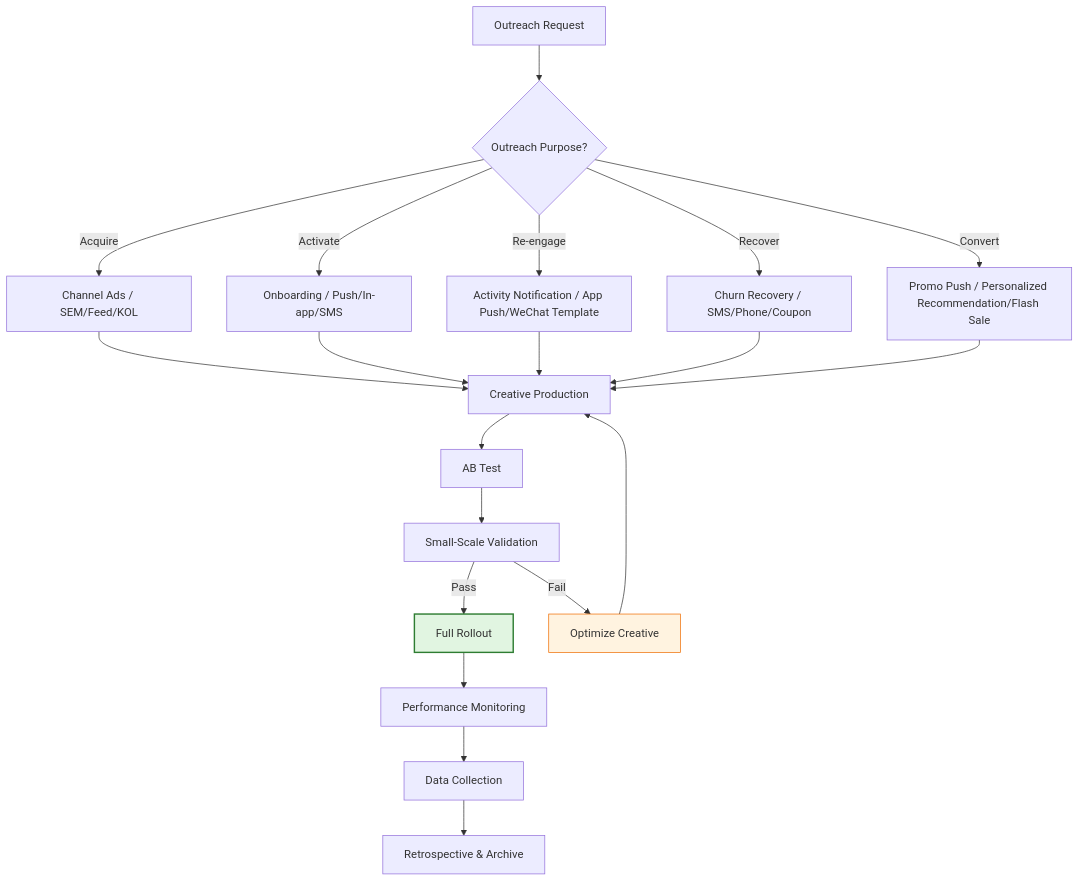
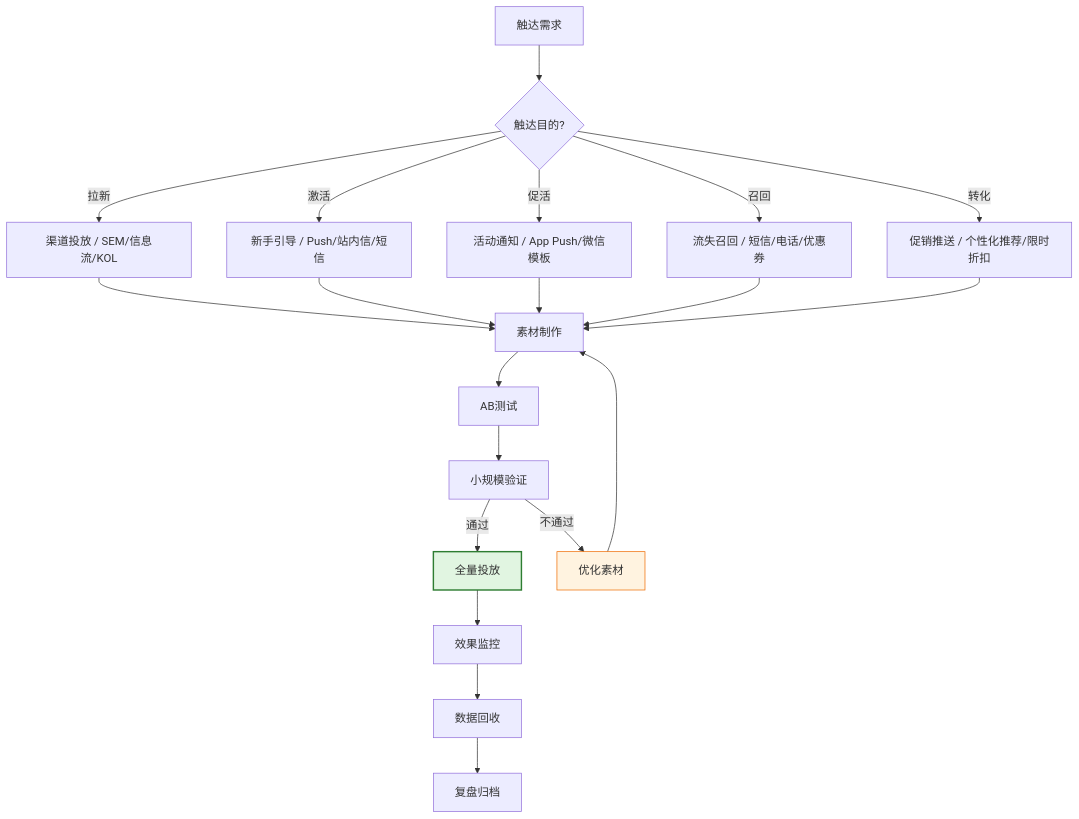
One commit to Kirky-X/cangjie changed the fourth of 9 diagrams in templates/Product/Operations/Template-Operations-Manual.md. Above: the diagram before and after it, drawn with Mermaid. The commit also changed other lines of this file and 33 other files, not shown here.

````diff
--- a/templates/Product/Operations/Template-Operations-Manual.md
+++ b/templates/Product/Operations/Template-Operations-Manual.md
@@ -181,28 +181,28 @@
 ```mermaid
 flowchart TD
-    A[Outreach Request] --> B{Outreach Purpose?}
-    B -->|Acquire| C1[Channel Ads / SEM/Feed/KOL]
-    B -->|Activate| C2[Onboarding / Push/In-app/SMS]
-    B -->|Re-engage| C3[Activity Notification / App Push/WeChat Template]
-    B -->|Recover| C4[Churn Recovery / SMS/Phone/Coupon]
-    B -->|Convert| C5[Promo Push / Personalized Recommendation/Flash Sale]
+    A[触达需求] --> B{触达目的?}
+    B -->|拉新| C1[渠道投放 / SEM/信息流/KOL]
+    B -->|激活| C2[新手引导 / Push/站内信/短信]
+    B -->|促活| C3[活动通知 / App Push/微信模板]
+    B -->|召回| C4[流失召回 / 短信/电话/优惠券]
+    B -->|转化| C5[促销推送 / 个性化推荐/限时折扣]
 
-    C1 --> D[Creative Production]
+    C1 --> D[素材制作]
     C2 --> D
     C3 --> D
     C4 --> D
     C5 --> D
 
-    D --> E[AB Test]
-    E --> F[Small-Scale Validation]
-    F -->|Pass| G[Full Rollout]
-    F -->|Fail| H[Optimize Creative]
+    D --> E[AB测试]
+    E --> F[小规模验证]
+    F -->|通过| G[全量投放]
+    F -->|不通过| H[优化素材]
     H --> D
 
-    G --> I[Performance Monitoring]
-    I --> J[Data Collection]
-    J --> K[Retrospective & Archive]
+    G --> I[效果监控]
+    I --> J[数据回收]
+    J --> K[复盘归档]
 
     style G fill:#e1f5e1,stroke:#2e7d32,stroke-width:2px
     style H fill:#fff3e0,stroke:#ef6c00
 ```
````
